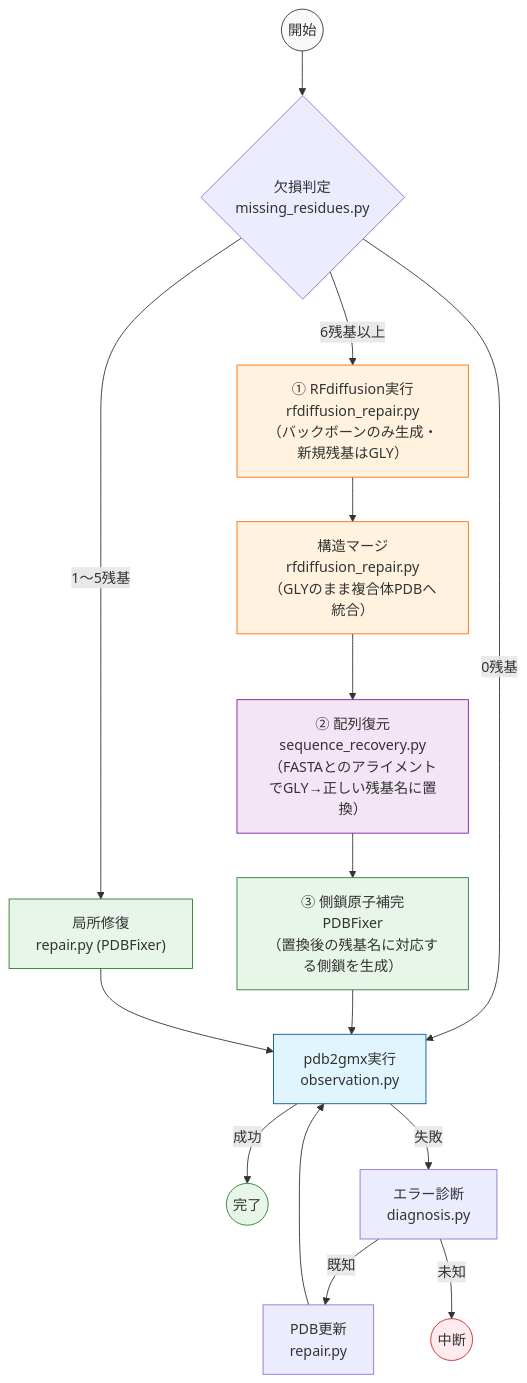
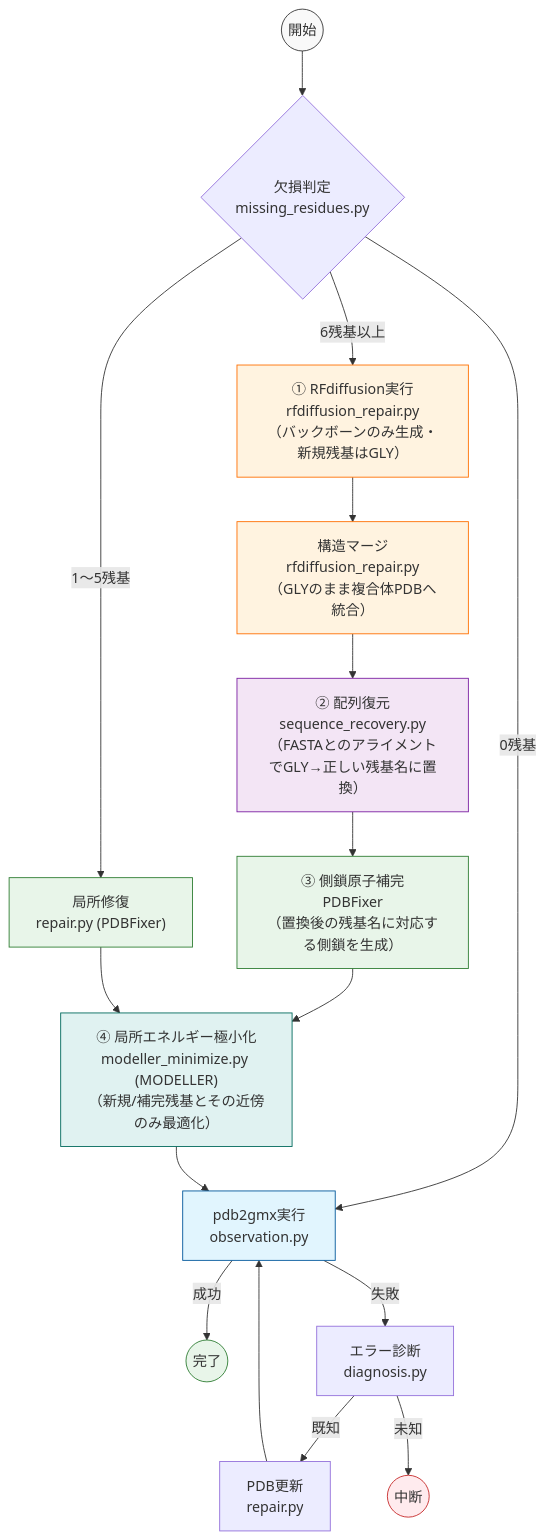
Before and after one commit to nakamura26002002921-a11y/gromacs_recovery: the first of 3 diagrams in README.md, drawn with Mermaid. The commit also changed other lines of this file, not shown here.

````diff
--- a/README.md
+++ b/README.md
@@ -13,33 +13,36 @@
 ```mermaid
 graph TD
     Start(("開始")) --> Check{"欠損判定<br>missing_residues.py"}
 
     Check -->|6残基以上| RFDiff["① RFdiffusion実行<br>rfdiffusion_repair.py<br>（バックボーンのみ生成・新規残基はGLY）"]
     Check -->|1〜5残基| PDBFix["局所修復<br>repair.py (PDBFixer)"]
     Check -->|0残基| RunGmx["pdb2gmx実行<br>observation.py"]
 
     RFDiff --> Merge["構造マージ<br>rfdiffusion_repair.py<br>（GLYのまま複合体PDBへ統合）"]
     Merge --> SeqRec["② 配列復元<br>sequence_recovery.py<br>（FASTAとのアライメントでGLY→正しい残基名に置換）"]
     SeqRec --> FillAtoms["③ 側鎖原子補完<br>PDBFixer<br>（置換後の残基名に対応する側鎖を生成）"]
 
-    FillAtoms --> RunGmx
-    PDBFix --> RunGmx
+    FillAtoms --> Minimize["④ 局所エネルギー極小化<br>modeller_minimize.py (MODELLER)<br>（新規/補完残基とその近傍のみ最適化）"]
+    PDBFix --> Minimize
+
+    Minimize --> RunGmx
 
     RunGmx -->|成功| Save(("完了"))
     RunGmx -->|失敗| Diag["エラー診断<br>diagnosis.py"]
 
     Diag -->|既知| Update["PDB更新<br>repair.py"]
     Diag -->|未知| Fail(("中断"))
 
     Update --> RunGmx
 
     style Start fill:#f9f9f9,stroke:#333
     style RunGmx fill:#e1f5fe,stroke:#01579b
     style RFDiff fill:#fff3e0,stroke:#ff6f00
     style Merge fill:#fff3e0,stroke:#ff6f00
     style PDBFix fill:#e8f5e9,stroke:#2e7d32
     style FillAtoms fill:#e8f5e9,stroke:#2e7d32
     style SeqRec fill:#f3e5f5,stroke:#7b1fa2
+    style Minimize fill:#e0f2f1,stroke:#00695c
     style Save fill:#e8f5e9,stroke:#2e7d32
     style Fail fill:#ffebee,stroke:#c62828
 ```
````
